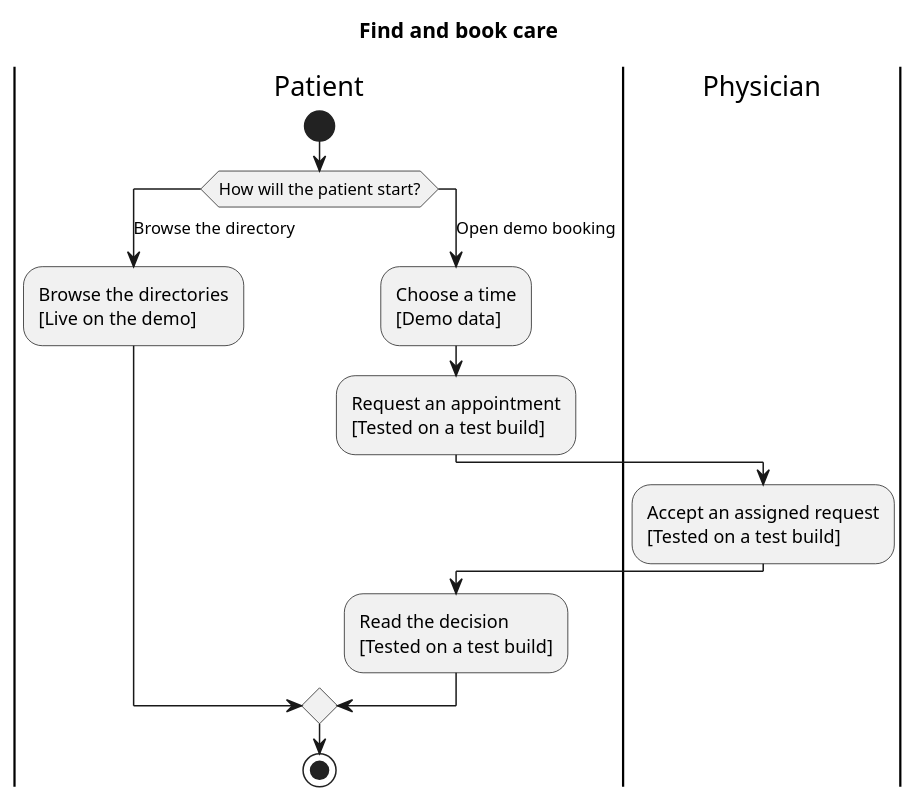
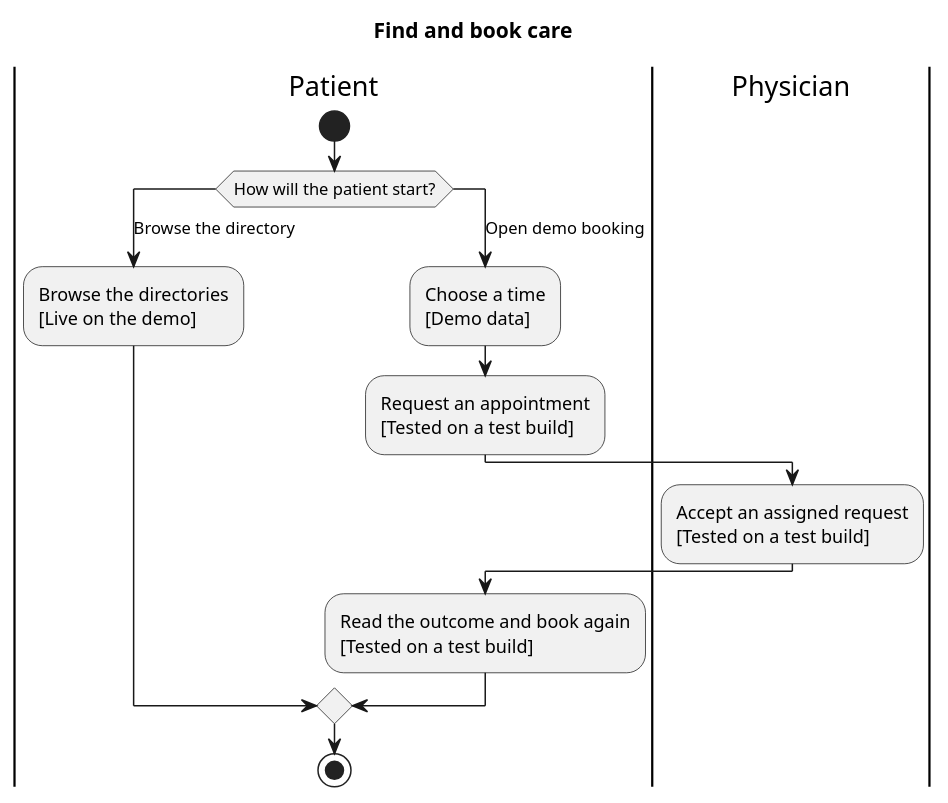
One commit to medbookdev/medbook-readiness changed the diagram in care-en.puml. Above: the diagram before and after it, drawn with PlantUML. The commit also changed 13 other files, not shown here.

```diff
--- a/care-en.puml
+++ b/care-en.puml
@@ -1,20 +1,20 @@
 @startuml
 title Find and book care
 |Patient|
 start
 switch (How will the patient start?)
 case (Browse the directory)
 |Patient|
 :Browse the directories\n[Live on the demo];
 case (Open demo booking)
 |Patient|
 :Choose a time\n[Demo data];
 |Patient|
 :Request an appointment\n[Tested on a test build];
 |Physician|
 :Accept an assigned request\n[Tested on a test build];
 |Patient|
-:Read the decision\n[Tested on a test build];
+:Read the outcome and book again\n[Tested on a test build];
 endswitch
 stop
 @enduml
```
